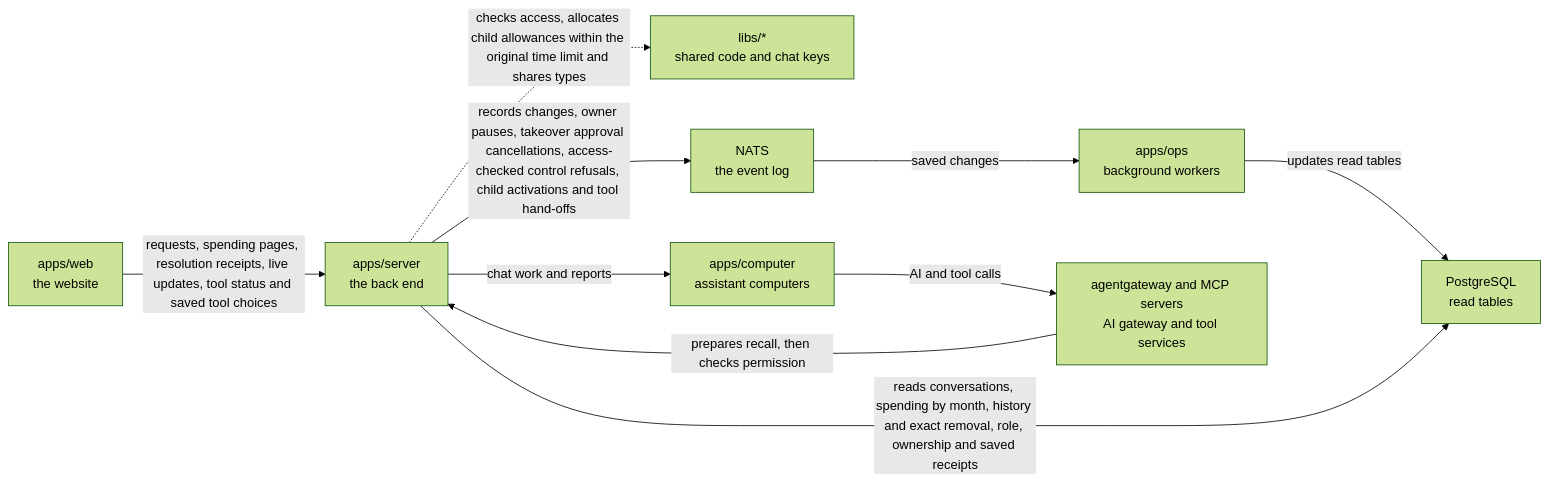
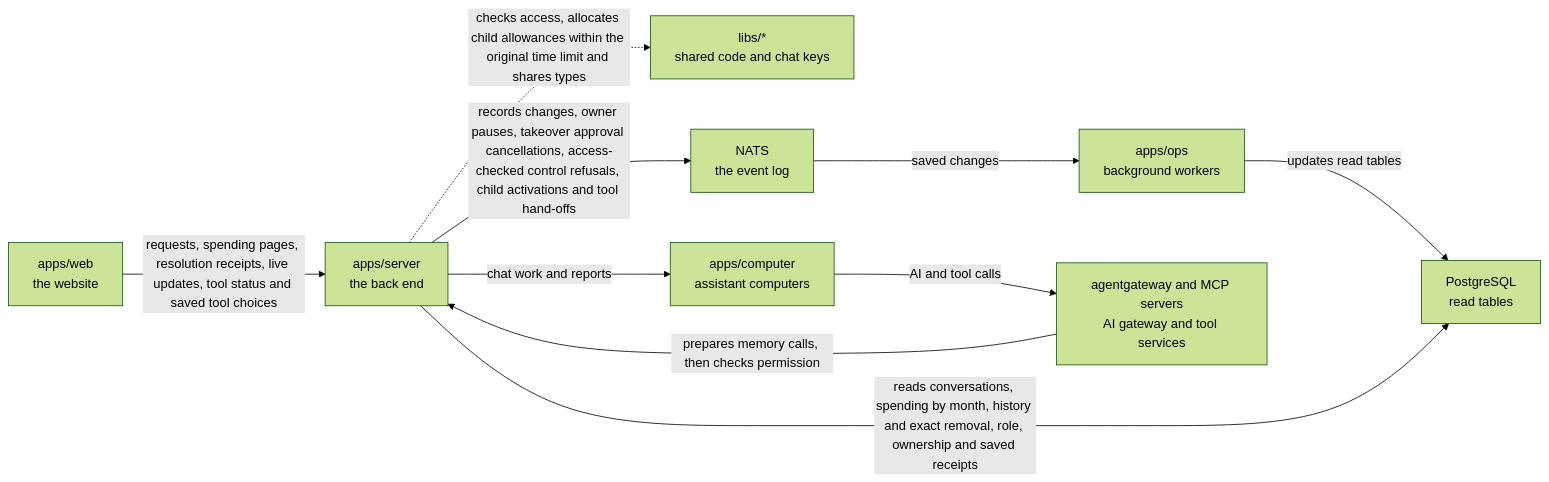
The diagram in apps/server/README.md (elewa-git/opencrane-new), drawn with Mermaid (forest theme) before and after one commit. The commit also changed other lines of this file and 12 other files, not shown here.

````diff
--- a/apps/server/README.md
+++ b/apps/server/README.md
@@ -48,12 +48,12 @@
 ```mermaid
 flowchart LR
   web["apps/web<br/>the website"] -->|requests, spending pages, resolution receipts, live updates, tool status and saved tool choices| server["apps/server<br/>the back end"]
   server -.->|checks access, allocates child allowances within the original time limit and shares types| libs["libs/*<br/>shared code and chat keys"]
   server -->|records changes, owner pauses, takeover approval cancellations, access-checked control refusals, child activations and tool hand-offs| nats["NATS<br/>the event log"]
   nats -->|saved changes| ops["apps/ops<br/>background workers"]
   ops -->|updates read tables| postgres["PostgreSQL<br/>read tables"]
   server -->|reads conversations, spending by month, history and exact removal, role, ownership and saved receipts| postgres
   server -->|chat work and reports| computer["apps/computer<br/>assistant computers"]
   computer -->|AI and tool calls| runtime["agentgateway and MCP servers<br/>AI gateway and tool services"]
-  runtime -->|prepares recall, then checks permission| server
+  runtime -->|prepares memory calls, then checks permission| server
 ```
````
